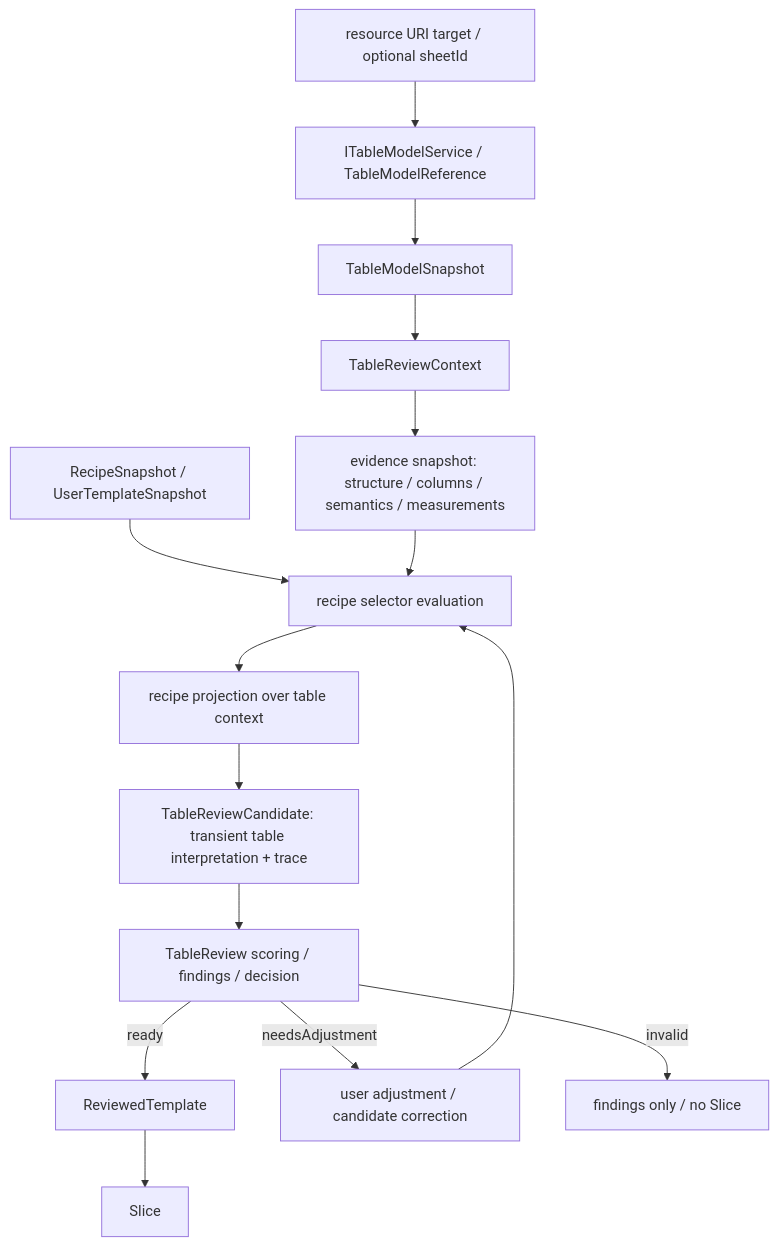
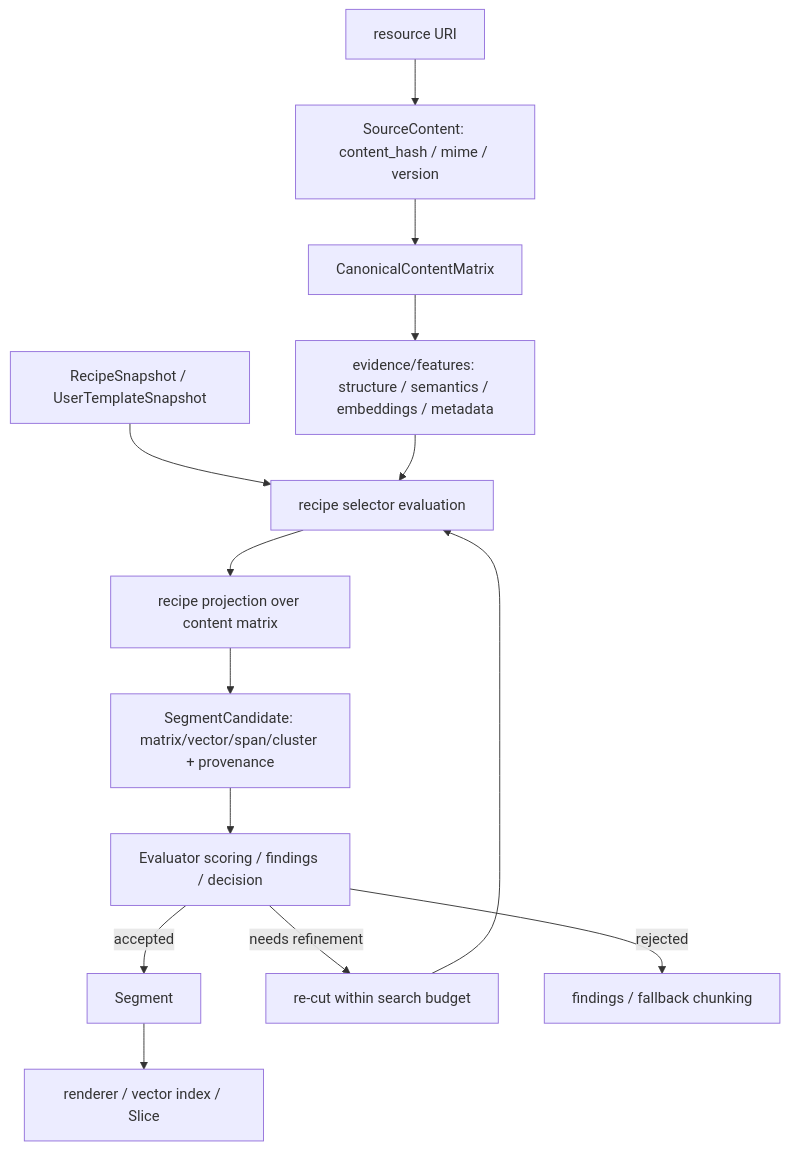
Before and after one commit to chogng/conductor: the third of 3 diagrams in .github/README.md, drawn with Mermaid. The commit also changed other lines of this file and 12 other files, not shown here.

First line of the commit message:
docs: align review with uri-first evidence model

````diff
--- a/.github/README.md
+++ b/.github/README.md
@@ -396,17 +530,16 @@
 ```mermaid
 flowchart TD
-  A[resource URI target / optional sheetId] --> B[ITableModelService / TableModelReference]
-  B --> C[TableModelSnapshot]
-  C --> D[TableReviewContext]
-  D --> E[evidence snapshot: structure / columns / semantics / measurements]
+  A[resource URI] --> B[SourceContent: content_hash / mime / version]
+  B --> C[CanonicalContentMatrix]
+  C --> D[evidence/features: structure / semantics / embeddings / metadata]
   F[RecipeSnapshot / UserTemplateSnapshot] --> G[recipe selector evaluation]
-  E --> G
-  G --> H[recipe projection over table context]
-  H --> I[TableReviewCandidate: transient table interpretation + trace]
-  I --> J[TableReview scoring / findings / decision]
-  J -->|ready| K[ReviewedTemplate]
-  K --> L[Slice]
-  J -->|needsAdjustment| M[user adjustment / candidate correction]
+  D --> G
+  G --> H[recipe projection over content matrix]
+  H --> I[SegmentCandidate: matrix/vector/span/cluster + provenance]
+  I --> J[Evaluator scoring / findings / decision]
+  J -->|accepted| K[Segment]
+  K --> L[renderer / vector index / Slice]
+  J -->|needs refinement| M[re-cut within search budget]
   M --> G
-  J -->|invalid| N[findings only / no Slice]
+  J -->|rejected| N[findings / fallback chunking]
 ```
````
